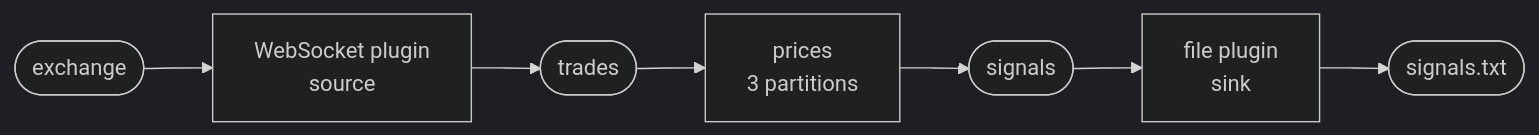
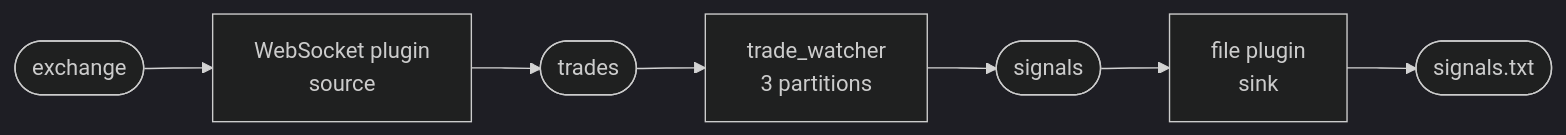
The diagram in docs/guides/tradedesk/plugins.md (Flezha/flezha), drawn with Mermaid (dark theme) before and after one commit. The commit also changed other lines of this file and 10 other files, not shown here.

First line of the commit message:
Call the desk's operators trade_watcher and order_executor

````diff
--- a/docs/guides/tradedesk/plugins.md
+++ b/docs/guides/tradedesk/plugins.md
@@ -18,6 +18,6 @@
 ```mermaid
 flowchart LR
     X(["exchange"]) --> W["WebSocket plugin<br/>source"] --> T(["trades"])
-    T --> P["prices<br/>3 partitions"] --> S(["signals"])
+    T --> P["trade_watcher<br/>3 partitions"] --> S(["signals"])
     S --> F["file plugin<br/>sink"] --> O(["signals.txt"])
 ```
````
